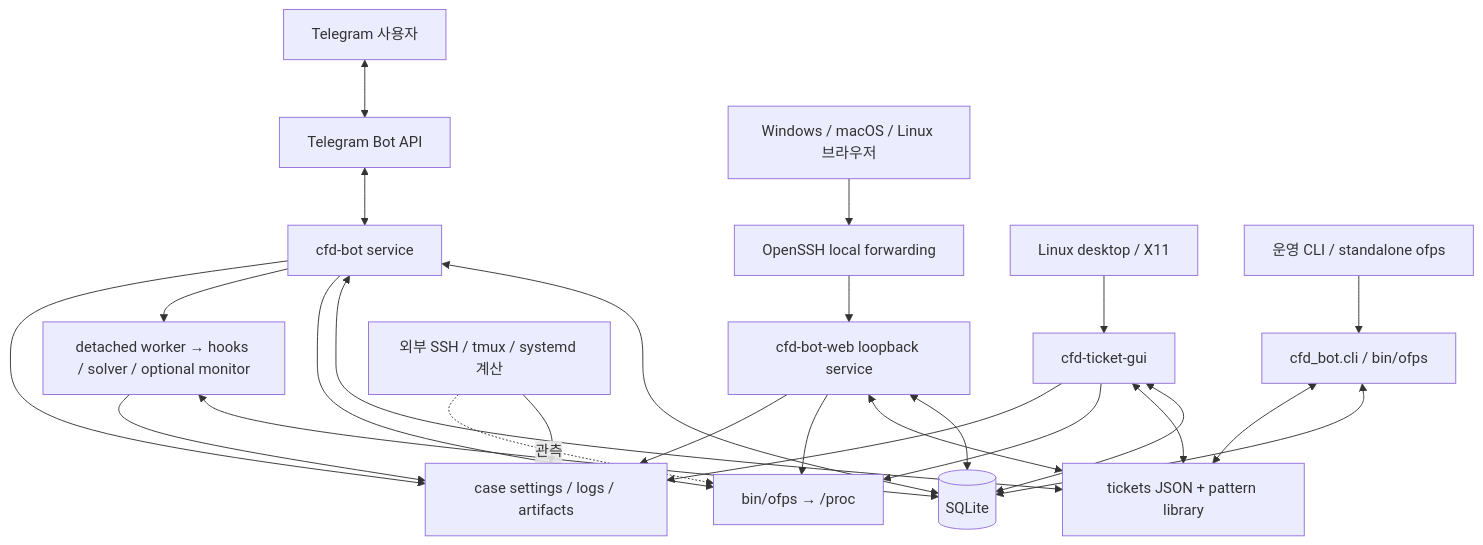
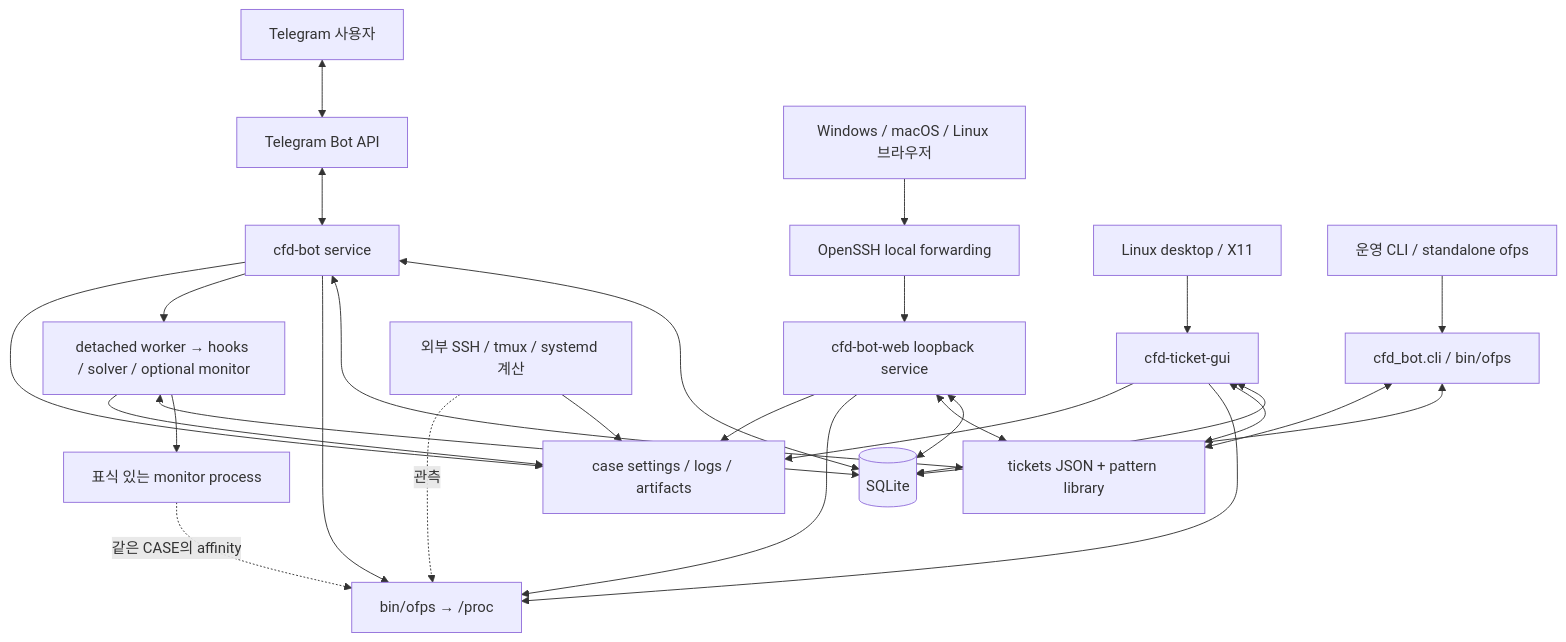
One commit to jo0n-lab/cfd-bot changed the first of 2 diagrams in docs/HLD.md. Above: the diagram before and after it, drawn with Mermaid. The commit also changed other lines of this file and 45 other files, not shown here.

````diff
--- a/docs/HLD.md
+++ b/docs/HLD.md
@@ -26,28 +26,30 @@
 ```mermaid
 flowchart TB
     TG[Telegram 사용자] <--> API[Telegram Bot API]
     API <--> BOT[cfd-bot service]
     PC[Windows / macOS / Linux 브라우저] --> SSH[OpenSSH local forwarding]
     SSH --> WEB[cfd-bot-web loopback service]
     DESK[Linux desktop / X11] --> GUI[cfd-ticket-gui]
     ADMIN[운영 CLI / standalone ofps] --> CLI[cfd_bot.cli / bin/ofps]
     BOT <--> DB[(SQLite)]
     WEB <--> DB
     GUI <--> DB
     CLI <--> DB
     BOT <--> JSON[tickets JSON + pattern library]
     WEB <--> JSON
     GUI <--> JSON
     CLI <--> JSON
     BOT --> SCAN[bin/ofps → /proc]
     WEB --> SCAN
     GUI --> SCAN
     BOT --> WORKER[detached worker → hooks / solver / optional monitor]
+    WORKER --> MP[표식 있는 monitor process]
+    MP -. 같은 CASE의 affinity .-> SCAN
     WORKER <--> DB
     WORKER --> CASE[case settings / logs / artifacts]
     BOT --> CASE
     WEB --> CASE
     GUI --> CASE
     EXT[외부 SSH / tmux / systemd 계산] --> CASE
     EXT -. 관측 .-> SCAN
 ```
````
